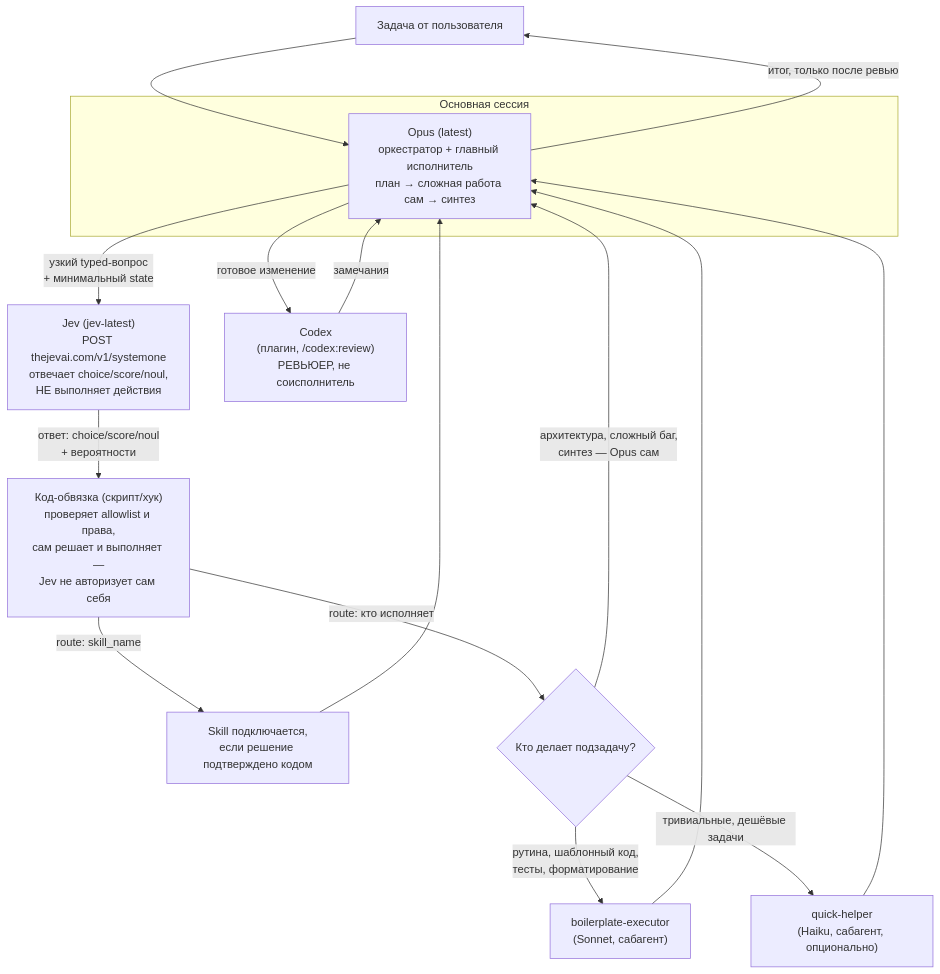
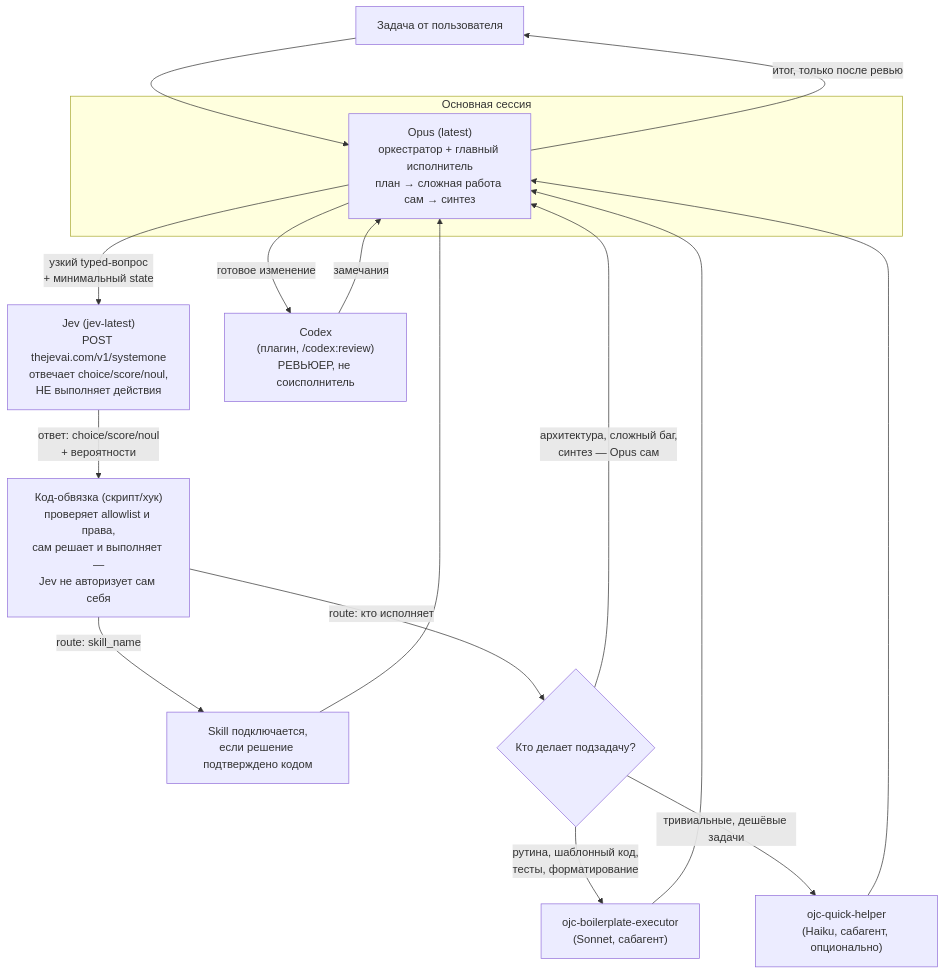
Before and after one commit to Lightwell-bg/agents_cc_codex: the diagram in README.md, drawn with Mermaid. The commit also changed other lines of this file and 6 other files, not shown here.

````diff
--- a/README.md
+++ b/README.md
@@ -19,27 +19,27 @@
 ```mermaid
 flowchart TD
     U["Задача от пользователя"] --> O
 
     subgraph MAIN["Основная сессия"]
         O["Opus (latest)<br/>оркестратор + главный исполнитель<br/>план → сложная работа сам → синтез"]
     end
 
     O -->|"узкий typed-вопрос<br/>+ минимальный state"| J["Jev (jev-latest)<br/>POST thejevai.com/v1/systemone<br/>отвечает choice/score/noul,<br/>НЕ выполняет действия"]
 
     J -->|"ответ: choice/score/noul<br/>+ вероятности"| CODE["Код-обвязка (скрипт/хук)<br/>проверяет allowlist и права,<br/>сам решает и выполняет —<br/>Jev не авторизует сам себя"]
 
     CODE -->|"route: skill_name"| SK["Skill подключается,<br/>если решение подтверждено кодом"]
     CODE -->|"route: кто исполняет"| ROUTE{"Кто делает подзадачу?"}
 
     ROUTE -->|"архитектура, сложный баг,<br/>синтез — Opus сам"| O
-    ROUTE -->|"рутина, шаблонный код,<br/>тесты, форматирование"| B["boilerplate-executor<br/>(Sonnet, сабагент)"]
-    ROUTE -->|"тривиальные, дешёвые задачи"| Q["quick-helper<br/>(Haiku, сабагент, опционально)"]
+    ROUTE -->|"рутина, шаблонный код,<br/>тесты, форматирование"| B["ojc-boilerplate-executor<br/>(Sonnet, сабагент)"]
+    ROUTE -->|"тривиальные, дешёвые задачи"| Q["ojc-quick-helper<br/>(Haiku, сабагент, опционально)"]
 
     B --> O
     Q --> O
     SK --> O
 
     O -->|"готовое изменение"| C["Codex<br/>(плагин, /codex:review)<br/>РЕВЬЮЕР, не соисполнитель"]
     C -->|"замечания"| O
     O -->|"итог, только после ревью"| U
 ```
````
